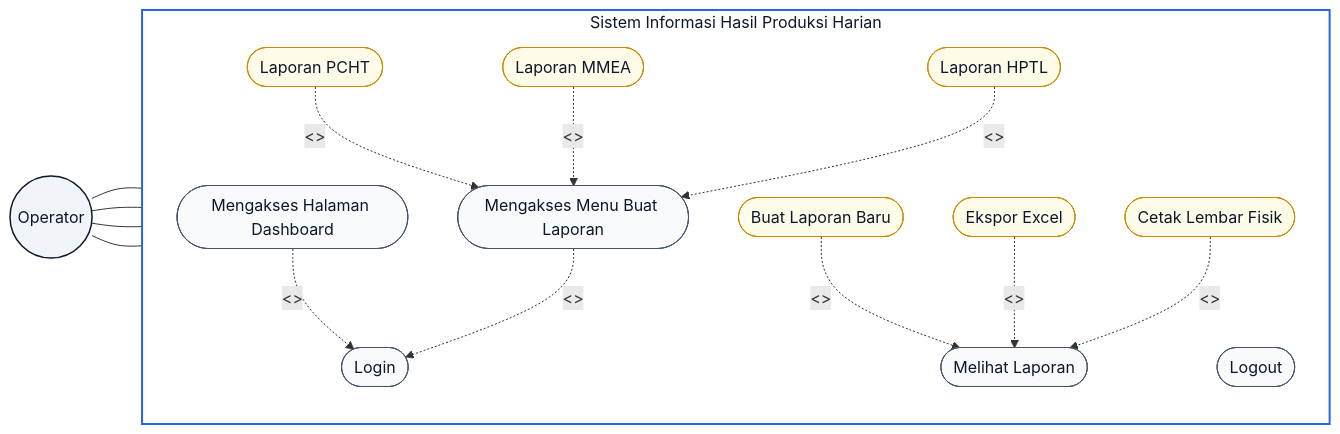
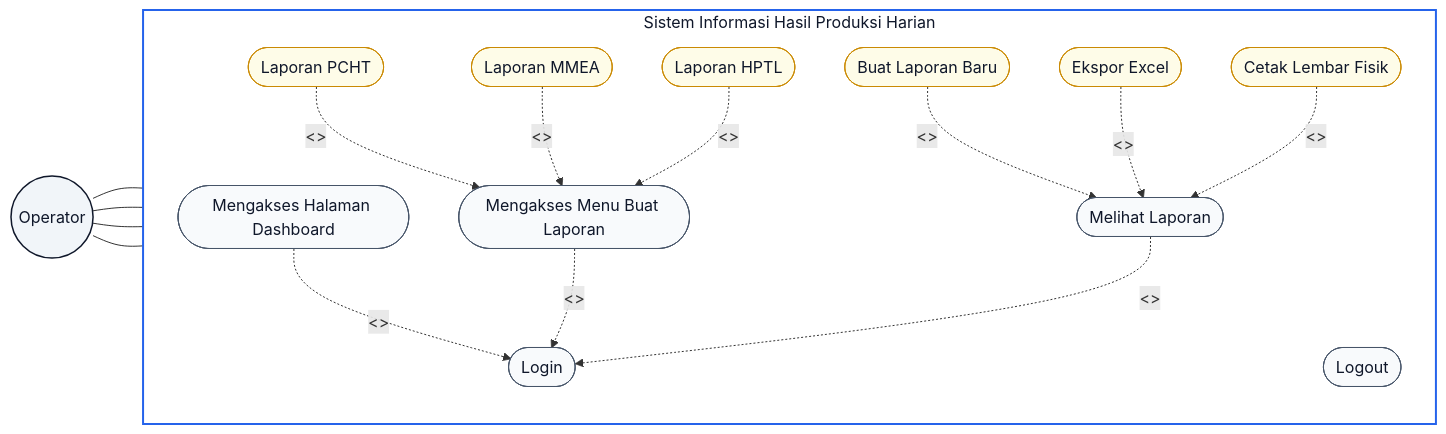
Before and after one commit to ZulfikarHD/scan-produksi: the second of 11 diagrams in docs/BAB_III_Draft.md, drawn with Mermaid. The commit also changed other lines of this file, not shown here.

````diff
--- a/docs/BAB_III_Draft.md
+++ b/docs/BAB_III_Draft.md
@@ -155,46 +150,47 @@
 ```mermaid
 flowchart LR
     subgraph SYSTEM ["Sistem Informasi Hasil Produksi Harian"]
         direction TB
         UC_LOGIN(["Login"])
         UC_DASH(["Mengakses Halaman Dashboard"])
         UC_BUAT(["Mengakses Menu Buat Laporan"])
         UC_LIHAT(["Melihat Laporan"])
         UC_LOGOUT(["Logout"])
 
         UC_PCHT(["Laporan PCHT"])
         UC_MMEA(["Laporan MMEA"])
         UC_HPTL(["Laporan HPTL"])
         UC_EXCEL(["Ekspor Excel"])
         UC_CETAK(["Cetak Lembar Fisik"])
         UC_BUAT_EXT(["Buat Laporan Baru"])
     end
 
     ACT_OP((Operator))
 
     ACT_OP --- UC_DASH
     ACT_OP --- UC_BUAT
     ACT_OP --- UC_LIHAT
     ACT_OP --- UC_LOGOUT
 
     UC_DASH -. "<<include>>" .-> UC_LOGIN
     UC_BUAT -. "<<include>>" .-> UC_LOGIN
+    UC_LIHAT -. "<<include>>" .-> UC_LOGIN
 
     UC_PCHT -. "<<extend>>" .-> UC_BUAT
     UC_MMEA -. "<<extend>>" .-> UC_BUAT
     UC_HPTL -. "<<extend>>" .-> UC_BUAT
 
     UC_BUAT_EXT -. "<<extend>>" .-> UC_LIHAT
     UC_EXCEL -. "<<extend>>" .-> UC_LIHAT
     UC_CETAK -. "<<extend>>" .-> UC_LIHAT
 
     classDef act fill:#f1f5f9,stroke:#0f172a,stroke-width:1.5px,color:#0f172a;
     classDef sys fill:#ffffff,stroke:#2563eb,stroke-width:2px,color:#0f172a;
     classDef uc fill:#f8fafc,stroke:#475569,stroke-width:1px,color:#0f172a;
     classDef ext fill:#fefce8,stroke:#ca8a04,stroke-width:1px,color:#0f172a;
 
     class ACT_OP act;
     class SYSTEM sys;
     class UC_LOGIN,UC_DASH,UC_BUAT,UC_LIHAT,UC_LOGOUT uc;
     class UC_PCHT,UC_MMEA,UC_HPTL,UC_EXCEL,UC_CETAK,UC_BUAT_EXT ext;
 ```
````
